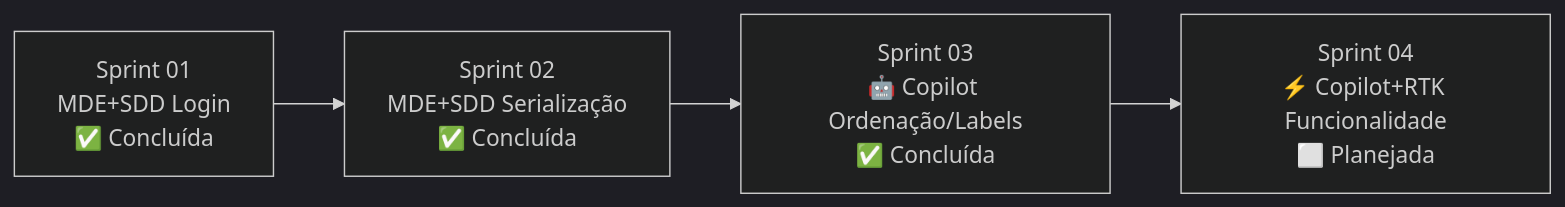
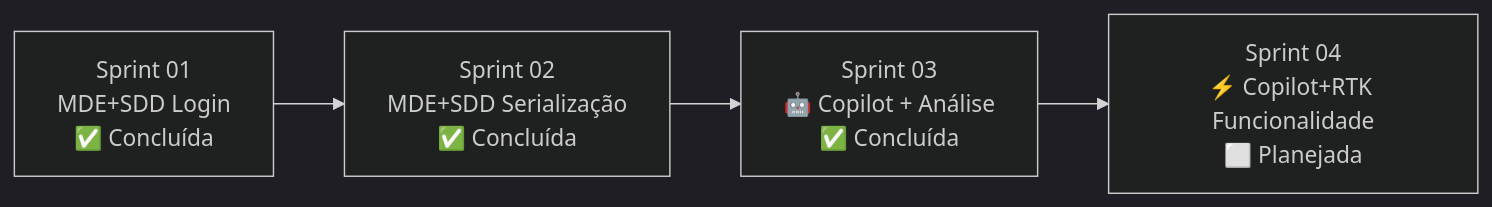
One commit to BrunoWatanabe/TCC-KPC changed the second of 2 diagrams in relatorios/plano-sprints.md. Above: the diagram before and after it, drawn with Mermaid (dark theme). The commit also changed other lines of this file and 3 other files, not shown here.

````diff
--- a/relatorios/plano-sprints.md
+++ b/relatorios/plano-sprints.md
@@ -193,6 +208,6 @@
 ```mermaid
 flowchart LR
     S1[Sprint 01<br/>MDE+SDD Login<br/>✅ Concluída] --> S2[Sprint 02<br/>MDE+SDD Serialização<br/>✅ Concluída]
-    S2 --> S3[Sprint 03<br/>🤖 Copilot Ordenação/Labels<br/>✅ Concluída]
+    S2 --> S3[Sprint 03<br/>🤖 Copilot + Análise<br/>✅ Concluída]
     S3 --> S4[Sprint 04<br/>⚡ Copilot+RTK Funcionalidade<br/>⬜ Planejada]
 ```
````
